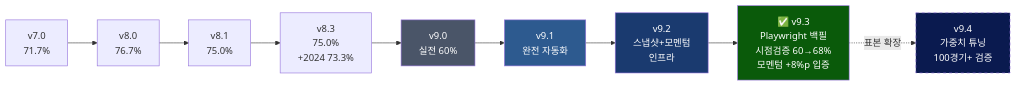
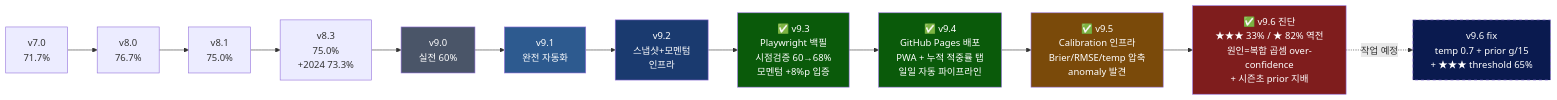
Before and after one commit to ldh-mini/baseball-sim: the eighth of 8 diagrams in 프로젝트_개요서.md, drawn with Mermaid. The commit also changed other lines of this file and 12 other files, not shown here.

````diff
--- a/프로젝트_개요서.md
+++ b/프로젝트_개요서.md
@@ -687,17 +721,23 @@
 ```mermaid
 graph LR
     V70[v7.0<br/>71.7%] --> V80[v8.0<br/>76.7%]
     V80 --> V81[v8.1<br/>75.0%]
     V81 --> V83[v8.3<br/>75.0%<br/>+2024 73.3%]
     V83 --> V90[v9.0<br/>실전 60%]
     V90 --> V91[v9.1<br/>완전 자동화]
     V91 --> V92[v9.2<br/>스냅샷+모멘텀<br/>인프라]
     V92 --> V93["✅ v9.3<br/>Playwright 백필<br/>시점검증 60→68%<br/>모멘텀 +8%p 입증"]
-    V93 -.표본 확장.-> V94[v9.4<br/>가중치 튜닝<br/>100경기+ 검증]
+    V93 --> V94["✅ v9.4<br/>GitHub Pages 배포<br/>PWA + 누적 적중률 탭<br/>일일 자동 파이프라인"]
+    V94 --> V95["✅ v9.5<br/>Calibration 인프라<br/>Brier/RMSE/temp 압축<br/>anomaly 발견"]
+    V95 --> V96["✅ v9.6 진단<br/>★★★ 33% / ★ 82% 역전<br/>원인=복합 곱셈 over-confidence<br/>+ 시즌초 prior 지배"]
+    V96 -.작업 예정.-> V96B[v9.6 fix<br/>temp 0.7 + prior g/15<br/>+ ★★★ threshold 65%]
 
     style V90 fill:#4a5568,color:#fff
     style V91 fill:#2d5a8f,color:#fff
     style V92 fill:#1a3a6f,color:#fff
     style V93 fill:#0a5a0a,color:#fff
-    style V94 fill:#0a1a4f,color:#fff,stroke-dasharray: 5 5
+    style V94 fill:#0a5a0a,color:#fff
+    style V95 fill:#7a4a0a,color:#fff
+    style V96 fill:#7f1d1d,color:#fff
+    style V96B fill:#0a1a4f,color:#fff,stroke-dasharray: 5 5
 ```
````
